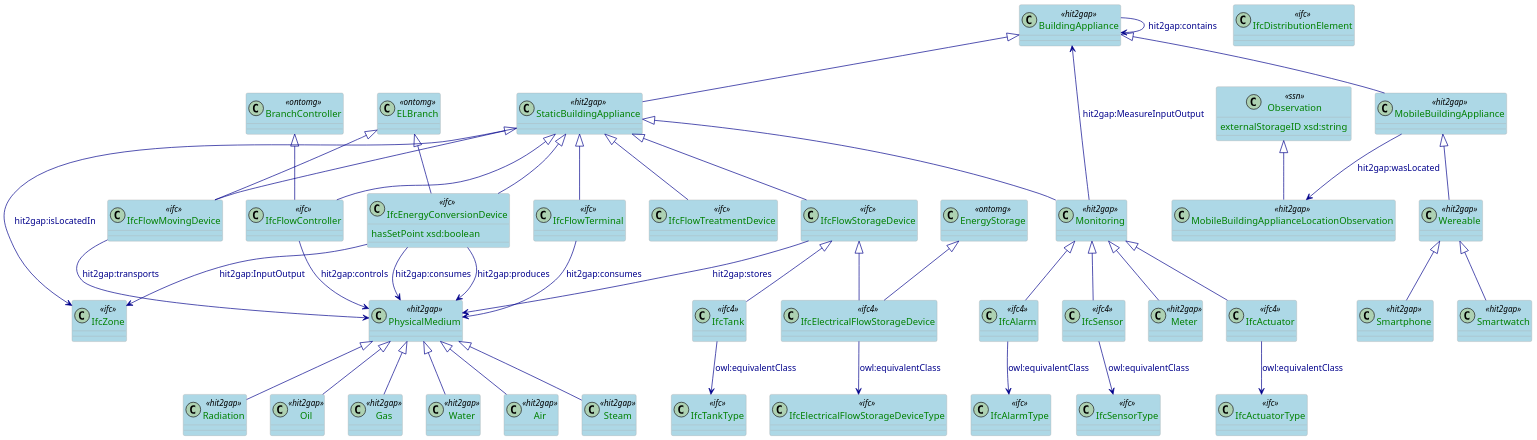
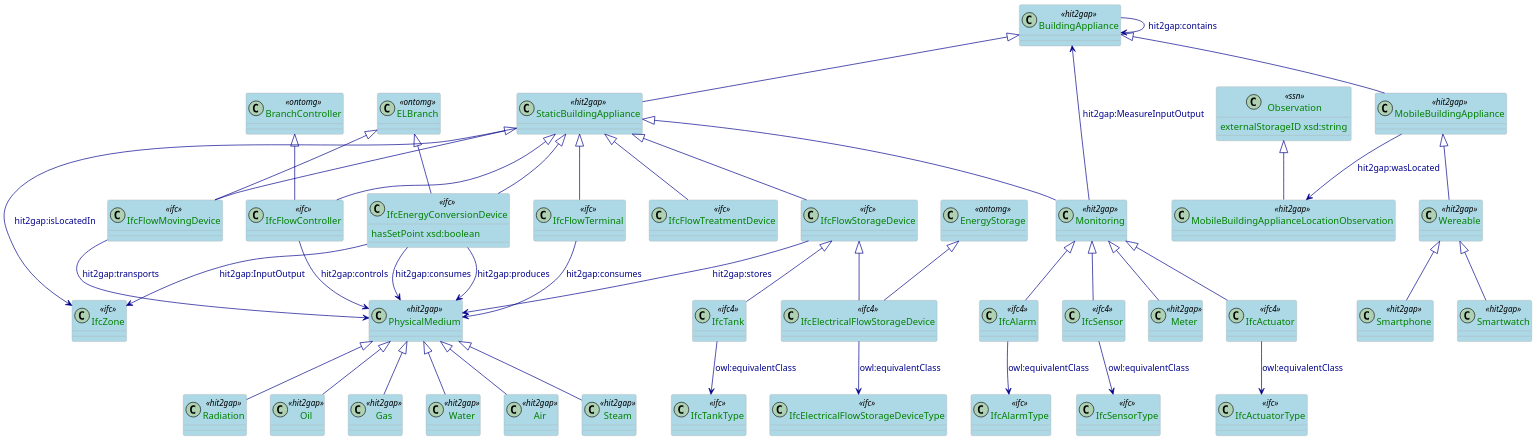
Before and after one commit to HIT2GAP-EU-PROJECT/BEMOnt: the diagram in docs/plantuml/BuildingAppliance.puml, drawn with PlantUML.

```diff
--- a/docs/plantuml/BuildingAppliance.puml
+++ b/docs/plantuml/BuildingAppliance.puml
@@ -1,126 +1,125 @@
 @startuml
 
 scale 0.5
 
 skinparam class {
   ArrowColor DarkBlue
   ArrowFontColor DarkBlue
   BackgroundColor LightBlue
   BorderColor DarkGrey
 }
 skinparam dpi 300
 skinparam stereotypeCBackgroundColor Wheat
 skinparam classAttributeFontColor  Green
 
 class BuildingAppliance <<hit2gap>>
 
 class StaticBuildingAppliance <<hit2gap>>
 class MobileBuildingAppliance <<hit2gap>>
 
 class Observation <<ssn>>  {
   externalStorageID xsd:string
 }
 
 class MobileBuildingApplianceLocationObservation <<hit2gap>>
 
 class IfcFlowTerminal <<ifc>>
 class Monitoring <<hit2gap>>
 class Wereable <<hit2gap>>
 class Smartwatch <<hit2gap>>
 class Smartphone <<hit2gap>>
 
 class IfcZone <<ifc>>
 class IfcActuator <<ifc4>>
 class IfcActuatorType <<ifc>>
 
 class IfcAlarm <<ifc4>>
 class IfcAlarmType <<ifc>>
 
 
 class IfcSensor <<ifc4>>
 class IfcSensorType <<ifc>>
 
 class Meter <<hit2gap>>
 
-class IfcDistributionElement <<ifc>>
 class IfcFlowStorageDevice <<ifc>>
 class IfcFlowMovingDevice <<ifc>>
 class IfcFlowController <<ifc>>
 class IfcFlowTreatmentDevice <<ifc>>
 class IfcEnergyConversionDevice <<ifc>> {
   hasSetPoint xsd:boolean
 }
 
 class IfcElectricalFlowStorageDevice <<ifc4>>
 class IfcElectricalFlowStorageDeviceType <<ifc>>
 class IfcTank <<ifc4>>
 class IfcTankType <<ifc>>
 
 
 class ELBranch <<ontomg>>
 class EnergyStorage <<ontomg>>
 class BranchController <<ontomg>>
 
 
 class PhysicalMedium <<hit2gap>>
 class Oil <<hit2gap>>
 class Gas <<hit2gap>>
 class Water <<hit2gap>>
 class Air <<hit2gap>>
 class Steam <<hit2gap>>
 class Radiation <<hit2gap>>
 
 BuildingAppliance <|-- StaticBuildingAppliance 
 BuildingAppliance <|-- MobileBuildingAppliance 
 
 StaticBuildingAppliance <|-- IfcFlowTerminal
 StaticBuildingAppliance <|-- Monitoring
 MobileBuildingAppliance <|-- Wereable
 StaticBuildingAppliance --> IfcZone: hit2gap:isLocatedIn
 BuildingAppliance --> BuildingAppliance: hit2gap:contains
 Monitoring --> BuildingAppliance: hit2gap:MeasureInputOutput
 IfcEnergyConversionDevice --> IfcZone: hit2gap:InputOutput
 StaticBuildingAppliance <|-- IfcFlowStorageDevice
 IfcFlowStorageDevice <|-- IfcElectricalFlowStorageDevice
 IfcFlowStorageDevice <|-- IfcTank
 StaticBuildingAppliance <|-- IfcFlowMovingDevice
 StaticBuildingAppliance <|-- IfcFlowController
 StaticBuildingAppliance <|-- IfcFlowTreatmentDevice
 StaticBuildingAppliance <|-- IfcEnergyConversionDevice
 Observation <|-- MobileBuildingApplianceLocationObservation
 MobileBuildingAppliance --> MobileBuildingApplianceLocationObservation: hit2gap:wasLocated
 BranchController <|-- IfcFlowController
 EnergyStorage <|-- IfcElectricalFlowStorageDevice
 ELBranch <|-- IfcFlowMovingDevice
 ELBranch <|-- IfcEnergyConversionDevice
 
 Wereable <|-- Smartwatch
 Wereable <|-- Smartphone
 
 Monitoring <|-- IfcSensor
 Monitoring <|-- IfcActuator
 Monitoring <|-- IfcAlarm
 Monitoring <|-- Meter
 
 PhysicalMedium <|-- Oil
 PhysicalMedium <|-- Gas
 PhysicalMedium <|-- Water
 PhysicalMedium <|-- Air
 PhysicalMedium <|-- Steam
 PhysicalMedium <|-- Radiation
 
 IfcFlowMovingDevice --> PhysicalMedium: hit2gap:transports
 IfcEnergyConversionDevice --> PhysicalMedium: hit2gap:consumes
 IfcEnergyConversionDevice --> PhysicalMedium: hit2gap:produces
 IfcFlowStorageDevice --> PhysicalMedium: hit2gap:stores
 IfcFlowController --> PhysicalMedium: hit2gap:controls
 IfcFlowTerminal --> PhysicalMedium: hit2gap:consumes
 
 IfcActuator --> IfcActuatorType: owl:equivalentClass
 IfcAlarm --> IfcAlarmType: owl:equivalentClass
 IfcSensor --> IfcSensorType: owl:equivalentClass
 IfcElectricalFlowStorageDevice --> IfcElectricalFlowStorageDeviceType: owl:equivalentClass
 IfcTank --> IfcTankType: owl:equivalentClass
 
 
 @enduml
```
